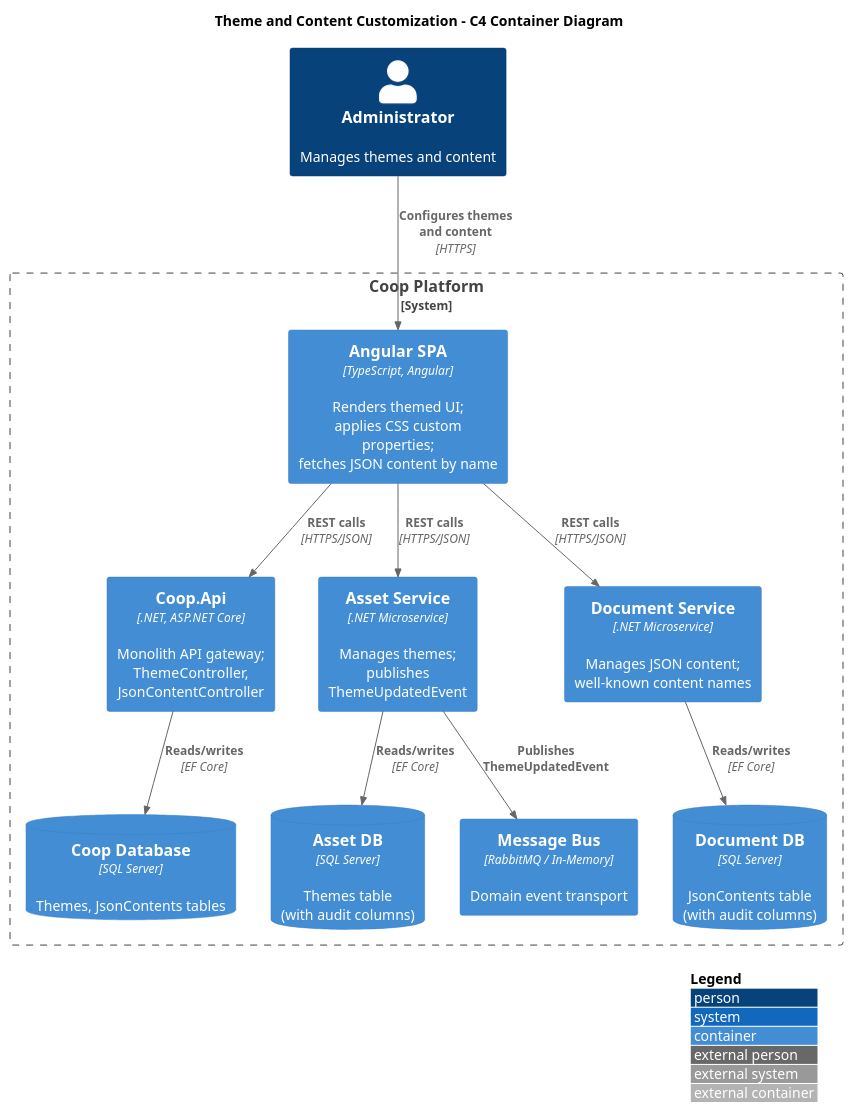
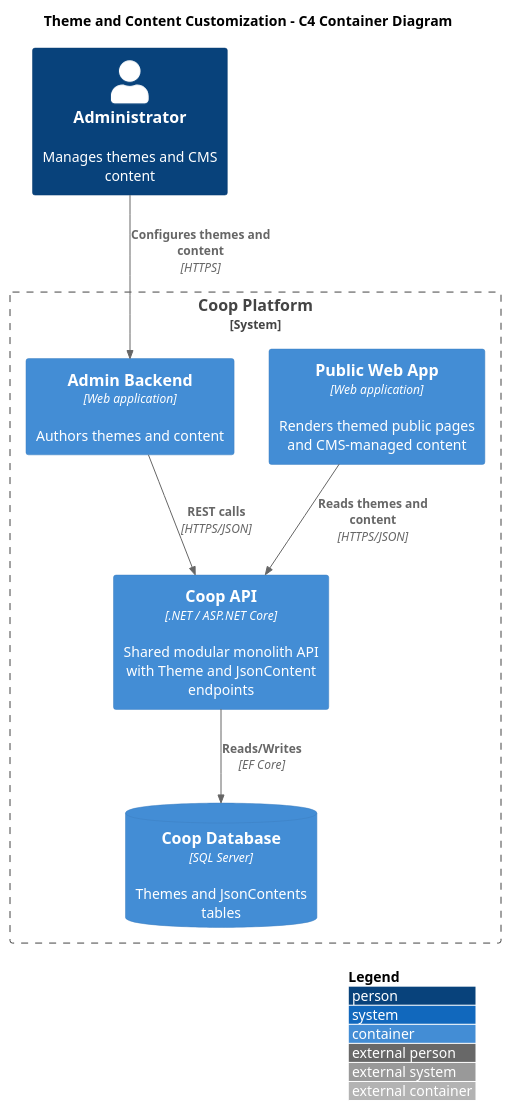
One commit to QuinntyneBrown/Coop changed the diagram in docs/detailed-designs/10-theme-and-content-customization/c4-container.puml. Above: the diagram before and after it, drawn with PlantUML. The commit also changed 10 other files, not shown here.

Commit message:
Update PlantUML diagrams for messaging, onboarding, theme, and API layer

```diff
--- a/docs/detailed-designs/10-theme-and-content-customization/c4-container.puml
+++ b/docs/detailed-designs/10-theme-and-content-customization/c4-container.puml
@@ -1,38 +1,23 @@
 @startuml c4-container
 
 !include https://raw.githubusercontent.com/plantuml-stdlib/C4-PlantUML/master/C4_Container.puml
 
 LAYOUT_WITH_LEGEND()
 
 title Theme and Content Customization - C4 Container Diagram
 
-Person(admin, "Administrator", "Manages themes and content")
+Person(admin, "Administrator", "Manages themes and CMS content")
 
 System_Boundary(coop, "Coop Platform") {
-    Container(spa, "Angular SPA", "TypeScript, Angular", "Renders themed UI;\napplies CSS custom properties;\nfetches JSON content by name")
-
-    Container(api, "Coop.Api", ".NET, ASP.NET Core", "Monolith API gateway;\nThemeController,\nJsonContentController")
-
-    Container(assetSvc, "Asset Service", ".NET Microservice", "Manages themes;\npublishes ThemeUpdatedEvent")
-
-    Container(docSvc, "Document Service", ".NET Microservice", "Manages JSON content;\nwell-known content names")
-
-    ContainerDb(db, "Coop Database", "SQL Server", "Themes, JsonContents tables")
-
-    ContainerDb(assetDb, "Asset DB", "SQL Server", "Themes table\n(with audit columns)")
-
-    ContainerDb(docDb, "Document DB", "SQL Server", "JsonContents table\n(with audit columns)")
-
-    Container(bus, "Message Bus", "RabbitMQ / In-Memory", "Domain event transport")
+    Container(publicApp, "Public Web App", "Web application", "Renders themed public pages and CMS-managed content")
+    Container(adminApp, "Admin Backend", "Web application", "Authors themes and content")
+    Container(api, "Coop API", ".NET / ASP.NET Core", "Shared modular monolith API with Theme and JsonContent endpoints")
+    ContainerDb(db, "Coop Database", "SQL Server", "Themes and JsonContents tables")
 }
 
-Rel(admin, spa, "Configures themes\nand content", "HTTPS")
-Rel(spa, api, "REST calls", "HTTPS/JSON")
-Rel(spa, assetSvc, "REST calls", "HTTPS/JSON")
-Rel(spa, docSvc, "REST calls", "HTTPS/JSON")
-Rel(api, db, "Reads/writes", "EF Core")
-Rel(assetSvc, assetDb, "Reads/writes", "EF Core")
-Rel(docSvc, docDb, "Reads/writes", "EF Core")
-Rel(assetSvc, bus, "Publishes\nThemeUpdatedEvent")
+Rel(admin, adminApp, "Configures themes and content", "HTTPS")
+Rel(adminApp, api, "REST calls", "HTTPS/JSON")
+Rel(publicApp, api, "Reads themes and content", "HTTPS/JSON")
+Rel(api, db, "Reads/Writes", "EF Core")
 
 @enduml
```
